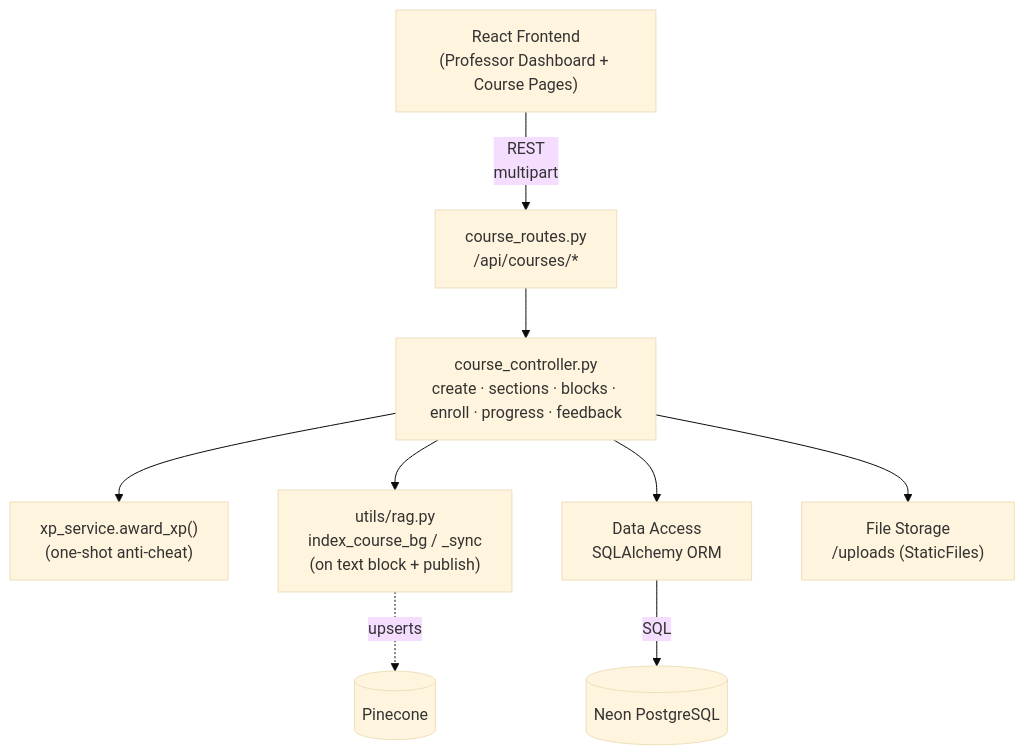
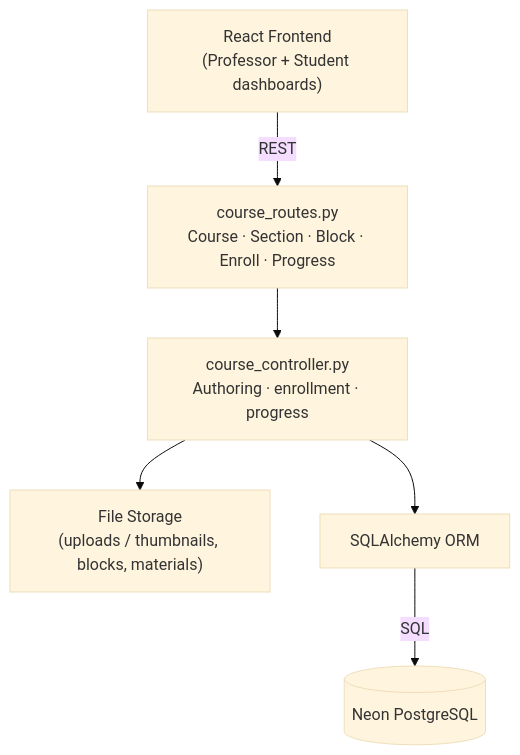
Before and after one commit to yazidha09/Hub4Learners: the first of 4 diagrams in docs/sprints/SPRINT_2.md, drawn with Mermaid (base theme). The commit also changed other lines of this file and 14 other files, not shown here.

````diff
--- a/docs/sprints/SPRINT_2.md
+++ b/docs/sprints/SPRINT_2.md
@@ -47,11 +44,8 @@
 ```mermaid
 graph TD
-    A["React Frontend<br/>(Professor Dashboard + Course Pages)"] -->|REST<br/>multipart| B["course_routes.py<br/>/api/courses/*"]
-    B --> C["course_controller.py<br/>create · sections · blocks · enroll · progress · feedback"]
-    C --> D["xp_service.award_xp()<br/>(one-shot anti-cheat)"]
-    C --> E["utils/rag.py<br/>index_course_bg / _sync<br/>(on text block + publish)"]
-    C --> F["Data Access<br/>SQLAlchemy ORM"]
-    C --> G["File Storage<br/>/uploads (StaticFiles)"]
-    F -->|SQL| H[("Neon PostgreSQL")]
-    E -.->|upserts| I[("Pinecone")]
+    A["React Frontend<br/>(Professor + Student dashboards)"] -->|REST| B["course_routes.py<br/>Course · Section · Block · Enroll · Progress"]
+    B --> C["course_controller.py<br/>Authoring · enrollment · progress"]
+    C --> D["File Storage<br/>(uploads / thumbnails, blocks, materials)"]
+    C --> E["SQLAlchemy ORM"]
+    E -->|SQL| F[(Neon PostgreSQL)]
 ```
````
